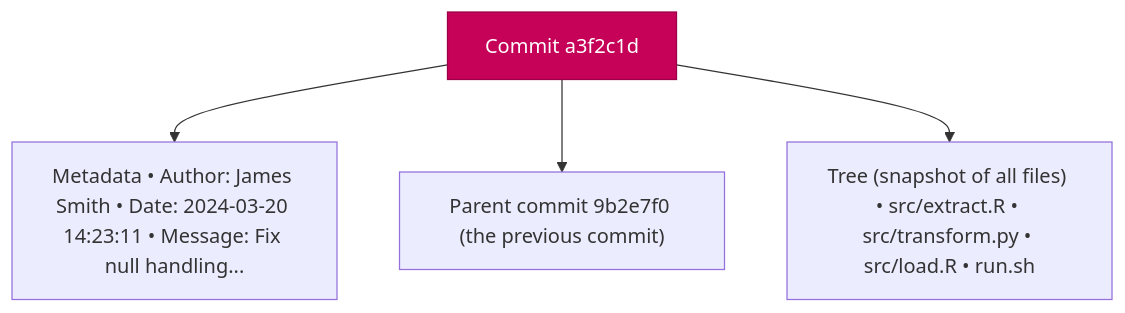
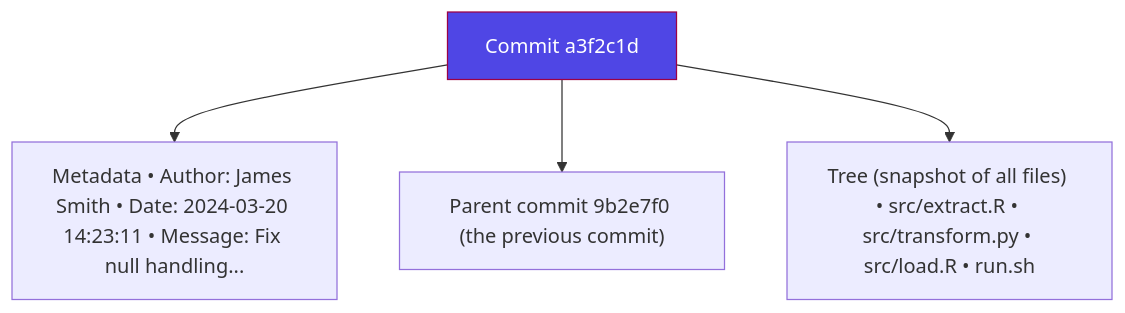
One commit to Ch3w3y/docker_gcp changed the third of 6 diagrams in docs/git-fundamentals.md. Above: the diagram before and after it, drawn with Mermaid. The commit also changed other lines of this file and 12 other files, not shown here.

````diff
--- a/docs/git-fundamentals.md
+++ b/docs/git-fundamentals.md
@@ -156,9 +156,9 @@
 ```mermaid
 flowchart TD
     C["Commit a3f2c1d"]
     C --> META["Metadata • Author: James Smith • Date: 2024-03-20 14:23:11 • Message: Fix null handling..."]
     C --> PARENT["Parent commit 9b2e7f0 (the previous commit)"]
     C --> TREE["Tree (snapshot of all files) • src/extract.R • src/transform.py • src/load.R • run.sh"]
 
-    style C fill:#c60158,stroke:#9b0146,color:#ffffff
+    style C fill:#4f46e5,stroke:#9b0146,color:#ffffff
 ```
````
